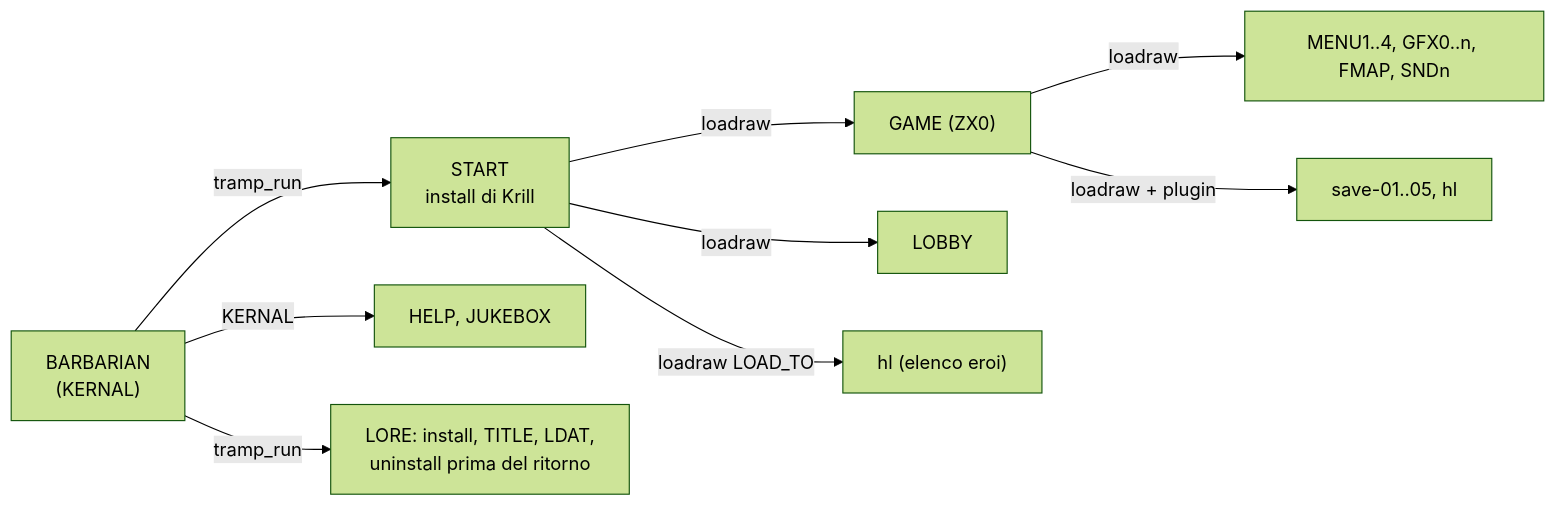
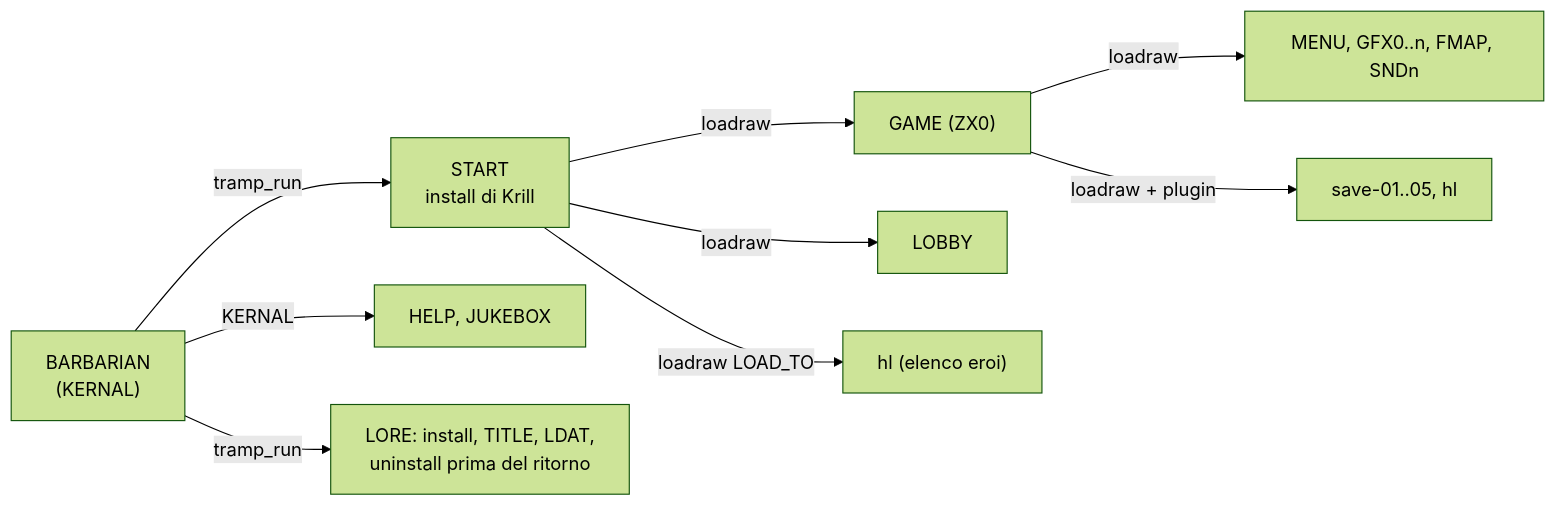
The first of 2 diagrams in docs/wiki/FastLoader.md (caporalesimone/barbarian-the-blood-path), drawn with Mermaid (forest theme) before and after one commit. The commit also changed other lines of this file and 17 other files, not shown here.

````diff
--- a/docs/wiki/FastLoader.md
+++ b/docs/wiki/FastLoader.md
@@ -25,11 +25,11 @@
 ```mermaid
 flowchart LR
     B["BARBARIAN<br/>(KERNAL)"] -->|tramp_run| S["START<br/>install di Krill"]
     S -->|loadraw| G["GAME (ZX0)"]
     S -->|loadraw| L["LOBBY"]
     S -->|loadraw LOAD_TO| H["hl (elenco eroi)"]
-    G -->|loadraw| X["MENU1..4, GFX0..n, FMAP, SNDn"]
+    G -->|loadraw| X["MENU, GFX0..n, FMAP, SNDn"]
     G -->|loadraw + plugin| V["save-01..05, hl"]
     B -->|KERNAL| O["HELP, JUKEBOX"]
     B -->|tramp_run| LO["LORE: install, TITLE, LDAT,<br/>uninstall prima del ritorno"]
 ```
````
